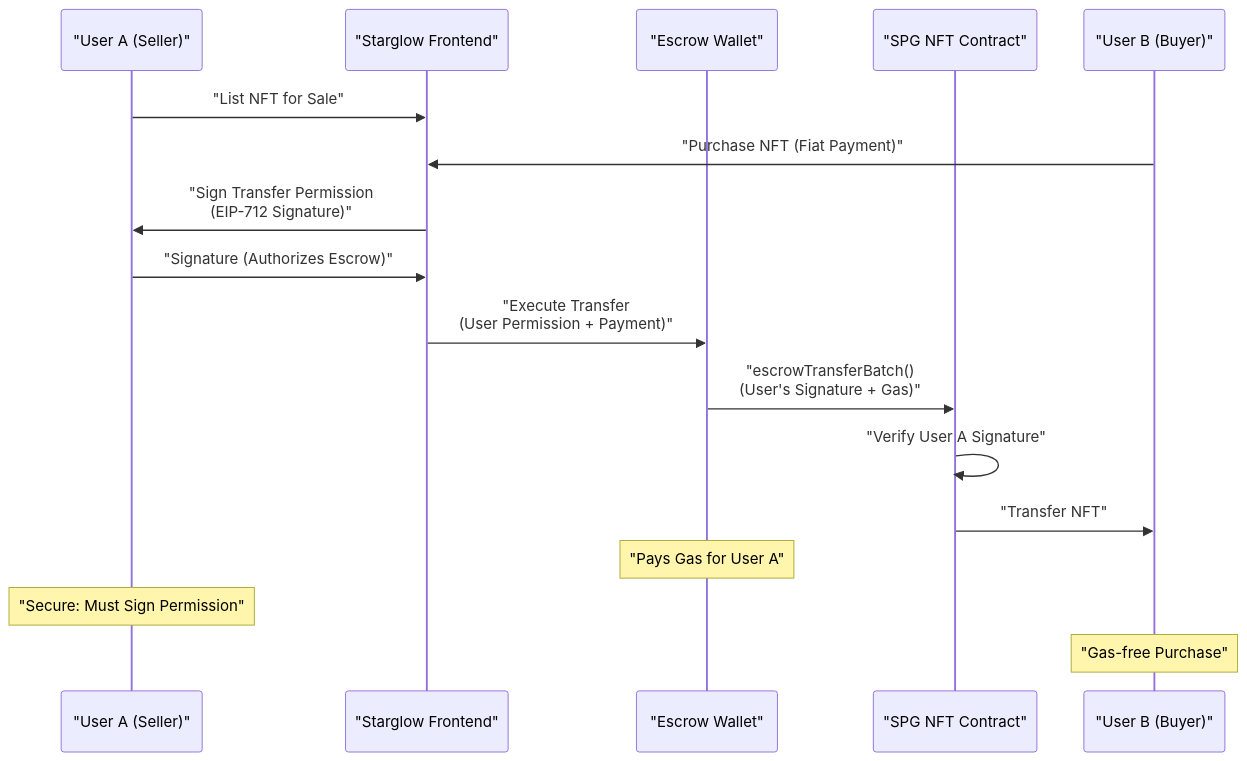
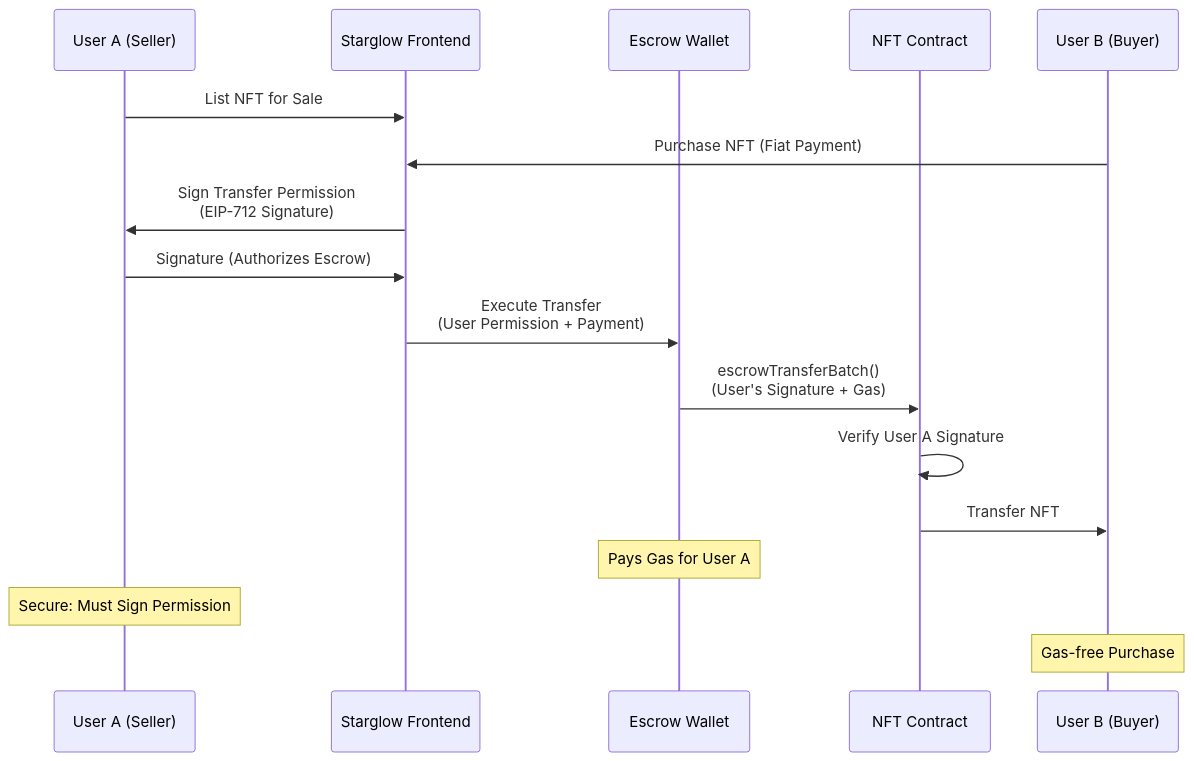
Before and after one commit to rs-ent/starglow: the second of 3 diagrams in Detailed Explanation on Technology Architecture.md, drawn with Mermaid. The commit also changed other lines of this file, not shown here.

````diff
--- a/Detailed Explanation on Technology Architecture.md
+++ b/Detailed Explanation on Technology Architecture.md
@@ -147,23 +156,23 @@
 ```mermaid
 sequenceDiagram
-    participant UserA as "User A (Seller)"
-    participant Frontend as "Starglow Frontend"
-    participant EscrowWallet as "Escrow Wallet"
-    participant NFTContract as "SPG NFT Contract"
-    participant UserB as "User B (Buyer)"
+    participant UserA as User A (Seller)
+    participant Frontend as Starglow Frontend
+    participant EscrowWallet as Escrow Wallet
+    participant NFTContract as NFT Contract
+    participant UserB as User B (Buyer)
 
-    UserA->>Frontend: "List NFT for Sale"
-    UserB->>Frontend: "Purchase NFT (Fiat Payment)"
-    Frontend->>UserA: "Sign Transfer Permission<br/>(EIP-712 Signature)"
+    UserA->>Frontend: List NFT for Sale
+    UserB->>Frontend: Purchase NFT (Fiat Payment)
+    Frontend->>UserA: Sign Transfer Permission<br/>(EIP-712 Signature)
 
-    UserA->>Frontend: "Signature (Authorizes Escrow)"
-    Frontend->>EscrowWallet: "Execute Transfer<br/>(User Permission + Payment)"
+    UserA->>Frontend: Signature (Authorizes Escrow)
+    Frontend->>EscrowWallet: Execute Transfer<br/>(User Permission + Payment)
 
-    EscrowWallet->>NFTContract: "escrowTransferBatch()<br/>(User's Signature + Gas)"
-    NFTContract->>NFTContract: "Verify User A Signature"
-    NFTContract->>UserB: "Transfer NFT"
+    EscrowWallet->>NFTContract: escrowTransferBatch()<br/>(User's Signature + Gas)
+    NFTContract->>NFTContract: Verify User A Signature
+    NFTContract->>UserB: Transfer NFT
 
-    Note over EscrowWallet: "Pays Gas for User A"
-    Note over UserA: "Secure: Must Sign Permission"
-    Note over UserB: "Gas-free Purchase"
+    Note over EscrowWallet: Pays Gas for User A
+    Note over UserA: Secure: Must Sign Permission
+    Note over UserB: Gas-free Purchase
 ```
````
